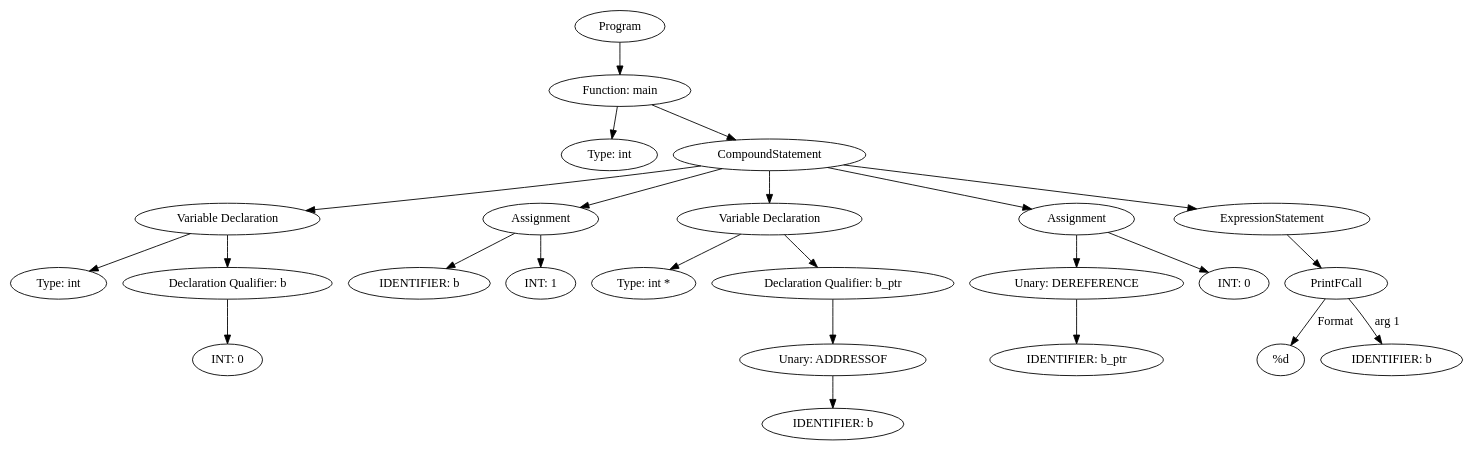
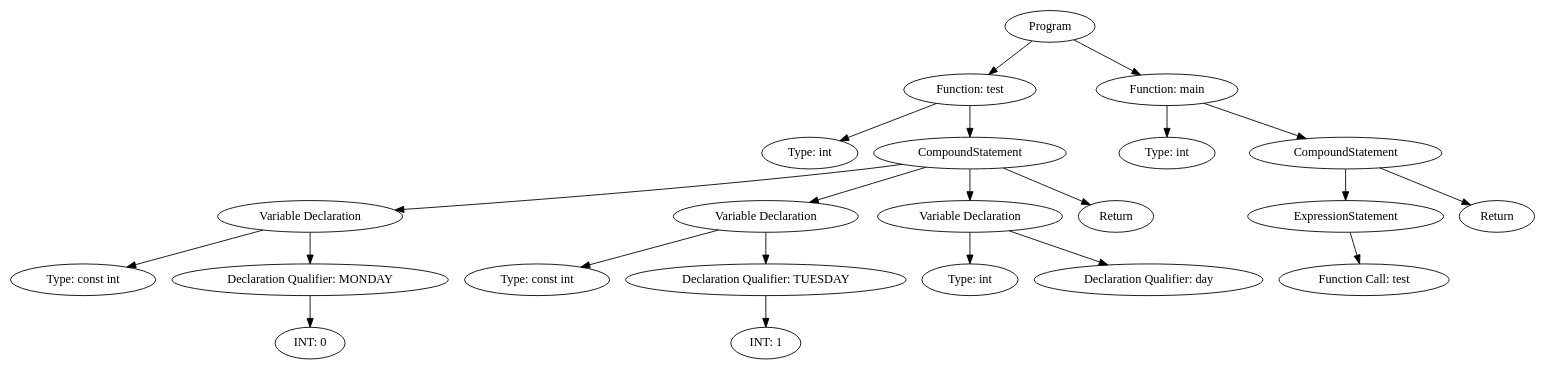
One commit to ArneDePeuter/UA-2024-Compiler changed the diagram in output/in_AST.dot. Above: the diagram before and after it, drawn with Graphviz. The commit also changed 6 other files, not shown here.

```diff
--- a/output/in_AST.dot
+++ b/output/in_AST.dot
@@ -1,49 +1,45 @@
 digraph ExpressionGraph {
-2978367195664 [label="Program"];
-2978367195664 -> 2978367195536;
-2978367195536 [label="Function: main"];
-2978367195536 -> 2978367195920;
-2978367195920 [label="Type: int "];
-2978367195536 -> 2978366808208;
-2978366808208 [label="CompoundStatement"];
-2978366808208 -> 2978367193936;
-2978367193936 [label="Variable Declaration"];
-2978367193936 -> 2978367194320;
-2978367194320 [label="Type: int "];
-2978367193936 -> 2978367194512;
-2978367194512 [label="Declaration Qualifier: b"];
-2978367194512 -> 2978367195216;
-2978367195216 [label="INT: 0"];
-2978366808208 -> 2978367194448;
-2978367194448 [label="Assignment"];
-2978367194448 -> 2978367193232;
-2978367193232 [label="IDENTIFIER: b"];
-2978367194448 -> 2978367194256;
-2978367194256 [label="INT: 1"];
-2978366808208 -> 2978367086864;
-2978367086864 [label="Variable Declaration"];
-2978367086864 -> 2978367193872;
-2978367193872 [label="Type: int *"];
-2978367086864 -> 2978367081680;
-2978367081680 [label="Declaration Qualifier: b_ptr"];
-2978367081680 -> 2978367199632;
-2978367199632 [label="Unary: ADDRESSOF"];
-2978367199632 -> 2978367193360;
-2978367193360 [label="IDENTIFIER: b"];
-2978366808208 -> 2978367093968;
-2978367093968 [label="Assignment"];
-2978367093968 -> 2978367084880;
-2978367084880 [label="Unary: DEREFERENCE"];
-2978367084880 -> 2978367084944;
-2978367084944 [label="IDENTIFIER: b_ptr"];
-2978367093968 -> 2978367094288;
-2978367094288 [label="INT: 0"];
-2978366808208 -> 2978367093840;
-2978367093840 [label="ExpressionStatement"];
-2978367093840 -> 2978367093008;
-2978367093008 [label="PrintFCall"];
-2978367093008 -> 2978367093104 [label="Format"];
-2978367093104 [label="%d"];
-2978367093008 -> 2978367093072 [label="arg 1"];
-2978367093072 [label="IDENTIFIER: b"];
+1969538717136 [label="Program"];
+1969538717136 -> 1969538720528;
+1969538720528 [label="Function: test"];
+1969538720528 -> 1969538717840;
+1969538717840 [label="Type: int "];
+1969538720528 -> 1969538392208;
+1969538392208 [label="CompoundStatement"];
+1969538392208 -> 1969538714064;
+1969538714064 [label="Variable Declaration"];
+1969538714064 -> 1969538714384;
+1969538714384 [label="Type: const int "];
+1969538714064 -> 1969538714192;
+1969538714192 [label="Declaration Qualifier: MONDAY"];
+1969538714192 -> 1969538714320;
+1969538714320 [label="INT: 0"];
+1969538392208 -> 1969538713680;
+1969538713680 [label="Variable Declaration"];
+1969538713680 -> 1969538717264;
+1969538717264 [label="Type: const int "];
+1969538713680 -> 1969538715024;
+1969538715024 [label="Declaration Qualifier: TUESDAY"];
+1969538715024 -> 1969538716816;
+1969538716816 [label="INT: 1"];
+1969538392208 -> 1969538713488;
+1969538713488 [label="Variable Declaration"];
+1969538713488 -> 1969538713040;
+1969538713040 [label="Type: int "];
+1969538713488 -> 1969538712848;
+1969538712848 [label="Declaration Qualifier: day"];
+1969538392208 -> 1969538713168;
+1969538713168 [label="Return"];
+1969538717136 -> 1969538722448;
+1969538722448 [label="Function: main"];
+1969538722448 -> 1969538714704;
+1969538714704 [label="Type: int "];
+1969538722448 -> 1969538714832;
+1969538714832 [label="CompoundStatement"];
+1969538714832 -> 1969538711632;
+1969538711632 [label="ExpressionStatement"];
+1969538711632 -> 1969538712016;
+1969538712016 [label="Function Call: test"];
+1969538714832 -> 1969538546000;
+1969538546000 [label="Return"];
 }
```
